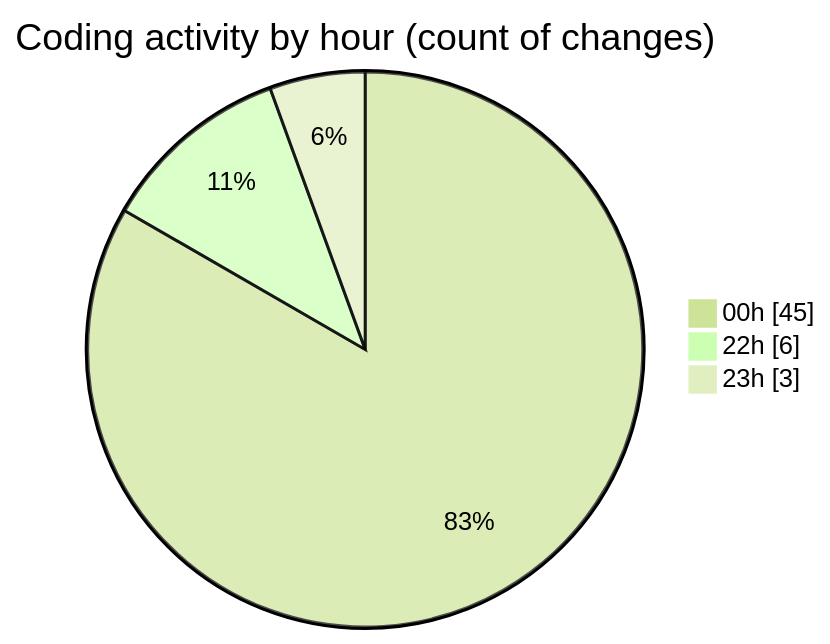
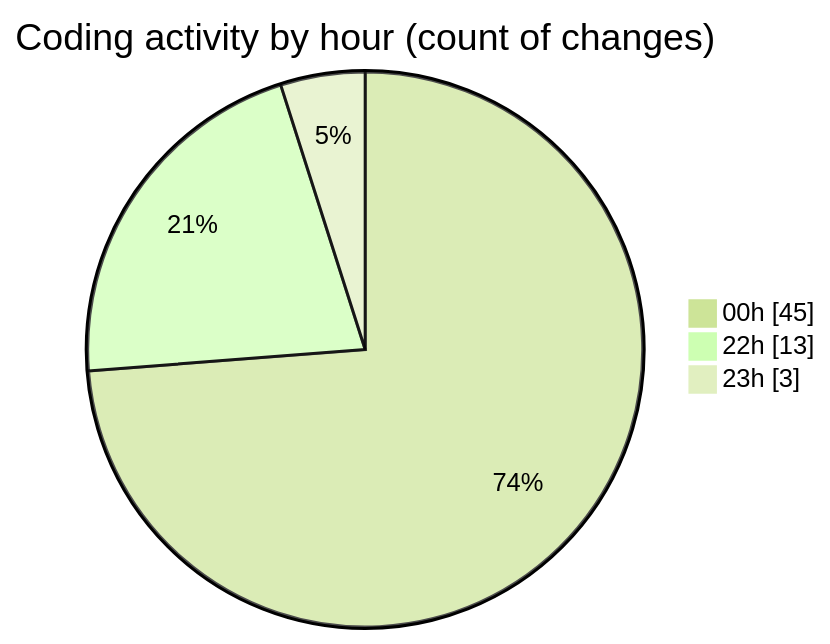
One commit to Ritupan-Deka/code-tracking changed the second of 2 diagrams in 2025-07-29/javascript/README.md. Above: the diagram before and after it, drawn with Mermaid (forest theme). The commit also changed other lines of this file and 1 other file, not shown here.

````diff
--- a/2025-07-29/javascript/README.md
+++ b/2025-07-29/javascript/README.md
@@ -29,7 +29,7 @@
 ```mermaid
 pie showData
 title Coding activity by hour (count of changes)
 "00h" : 45
-"22h" : 6
+"22h" : 13
 "23h" : 3
 ```
````
